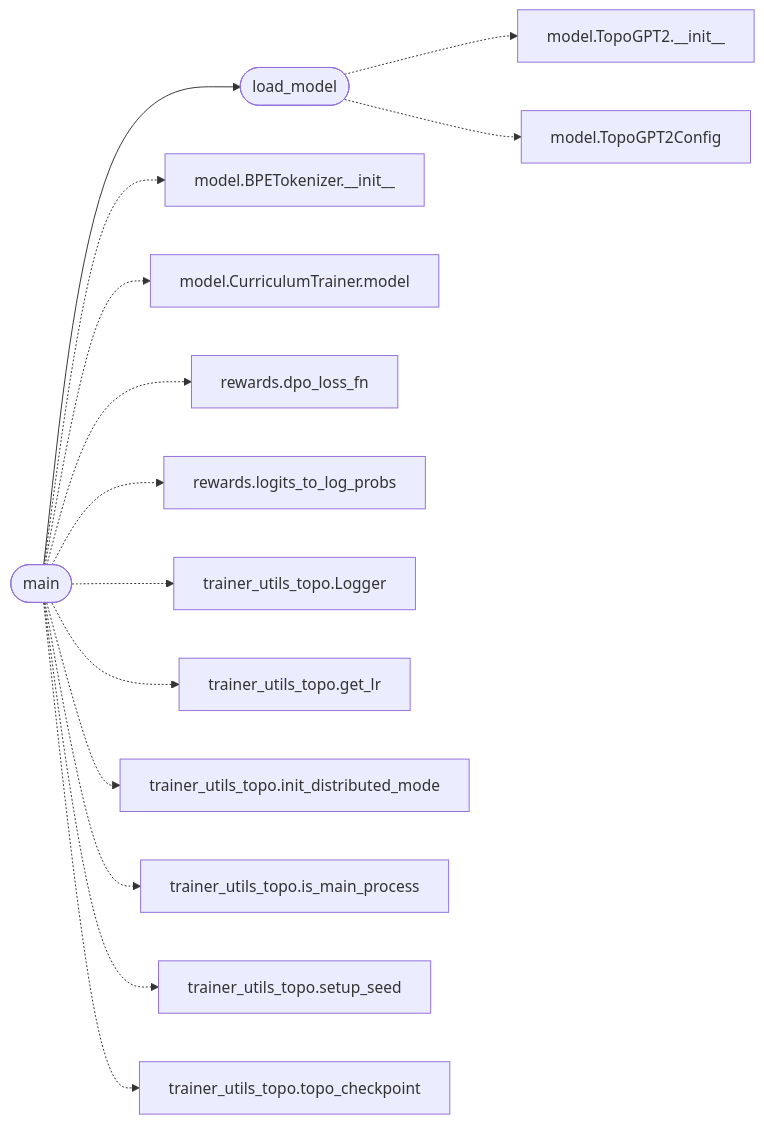
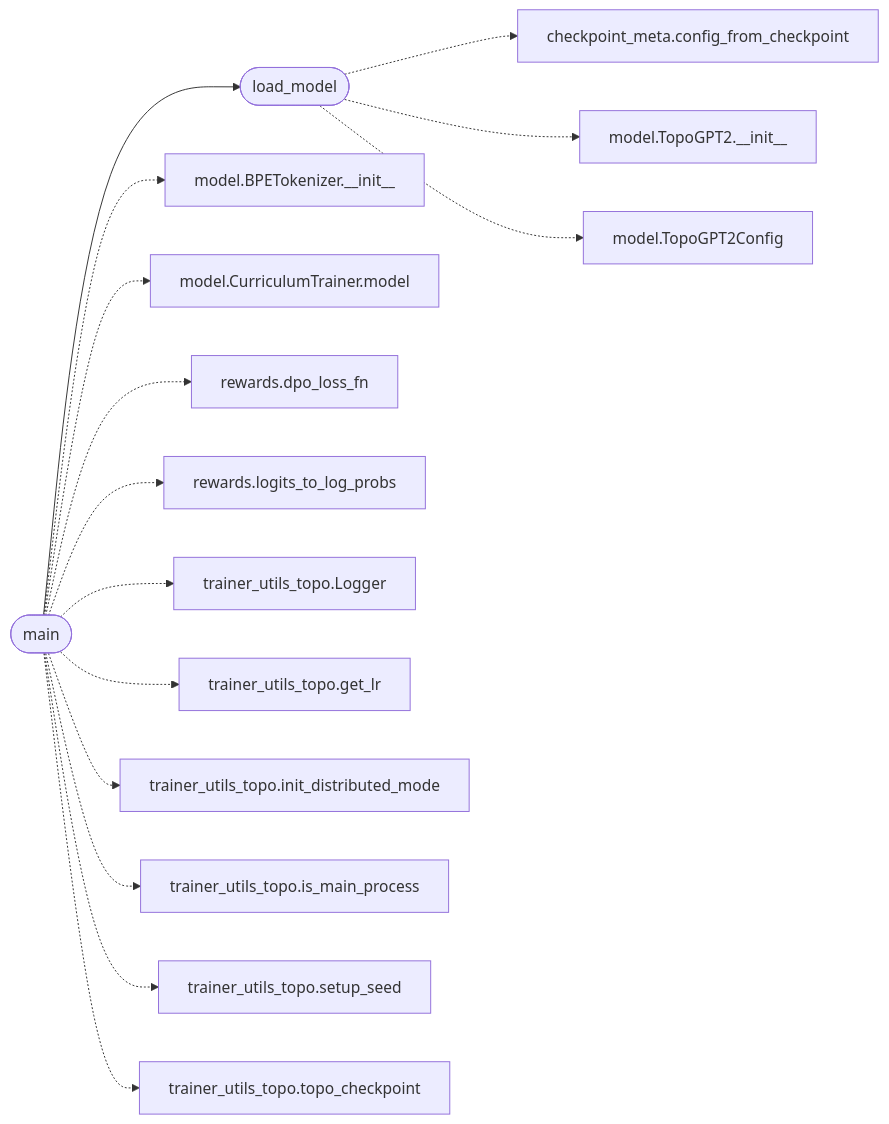
The diagram in readmenator-apidocs/modules/topogpt3.train_dpo.py.md (grisuno/TopoGPT3), drawn with Mermaid before and after one commit. The commit also changed other lines of this file and 185 other files, not shown here.

````diff
--- a/readmenator-apidocs/modules/topogpt3.train_dpo.py.md
+++ b/readmenator-apidocs/modules/topogpt3.train_dpo.py.md
@@ -17,30 +17,32 @@
 ```mermaid
 flowchart LR
     n_topogpt3_train_dpo_py__main(["main"])
     n_topogpt3_train_dpo_py__load_model(["load_model"])
+    n_topogpt3_checkpoint_meta_py__config_from_checkpoint["checkpoint_meta.config_from_checkpoint"]
     n_topogpt3_model_py__TopoGPT2___init__["model.TopoGPT2.__init__"]
     n_topogpt3_model_py__TopoGPT2Config["model.TopoGPT2Config"]
     n_topogpt3_model_py__BPETokenizer___init__["model.BPETokenizer.__init__"]
     n_topogpt3_model_py__CurriculumTrainer_model["model.CurriculumTrainer.model"]
     n_topogpt3_rewards_py__dpo_loss_fn["rewards.dpo_loss_fn"]
     n_topogpt3_rewards_py__logits_to_log_probs["rewards.logits_to_log_probs"]
     n_topogpt3_trainer_utils_topo_py__Logger["trainer_utils_topo.Logger"]
     n_topogpt3_trainer_utils_topo_py__get_lr["trainer_utils_topo.get_lr"]
     n_topogpt3_trainer_utils_topo_py__init_distributed_mode["trainer_utils_topo.init_distributed_mode"]
     n_topogpt3_trainer_utils_topo_py__is_main_process["trainer_utils_topo.is_main_process"]
     n_topogpt3_trainer_utils_topo_py__setup_seed["trainer_utils_topo.setup_seed"]
     n_topogpt3_trainer_utils_topo_py__topo_checkpoint["trainer_utils_topo.topo_checkpoint"]
     n_topogpt3_train_dpo_py__main --> n_topogpt3_train_dpo_py__load_model
+    n_topogpt3_train_dpo_py__load_model -.-> n_topogpt3_checkpoint_meta_py__config_from_checkpoint
     n_topogpt3_train_dpo_py__load_model -.-> n_topogpt3_model_py__TopoGPT2___init__
     n_topogpt3_train_dpo_py__load_model -.-> n_topogpt3_model_py__TopoGPT2Config
     n_topogpt3_train_dpo_py__main -.-> n_topogpt3_model_py__BPETokenizer___init__
     n_topogpt3_train_dpo_py__main -.-> n_topogpt3_model_py__CurriculumTrainer_model
     n_topogpt3_train_dpo_py__main -.-> n_topogpt3_rewards_py__dpo_loss_fn
     n_topogpt3_train_dpo_py__main -.-> n_topogpt3_rewards_py__logits_to_log_probs
     n_topogpt3_train_dpo_py__main -.-> n_topogpt3_trainer_utils_topo_py__Logger
     n_topogpt3_train_dpo_py__main -.-> n_topogpt3_trainer_utils_topo_py__get_lr
     n_topogpt3_train_dpo_py__main -.-> n_topogpt3_trainer_utils_topo_py__init_distributed_mode
     n_topogpt3_train_dpo_py__main -.-> n_topogpt3_trainer_utils_topo_py__is_main_process
     n_topogpt3_train_dpo_py__main -.-> n_topogpt3_trainer_utils_topo_py__setup_seed
     n_topogpt3_train_dpo_py__main -.-> n_topogpt3_trainer_utils_topo_py__topo_checkpoint
 ```
````
